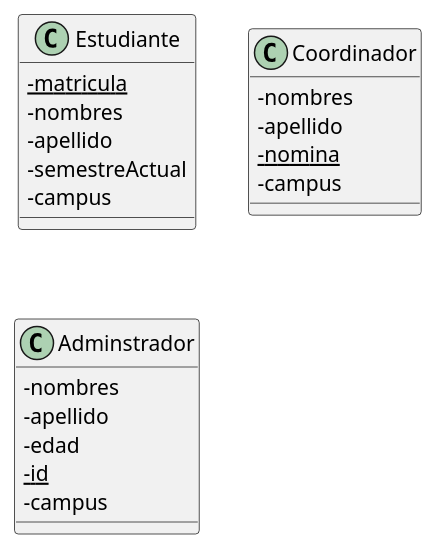
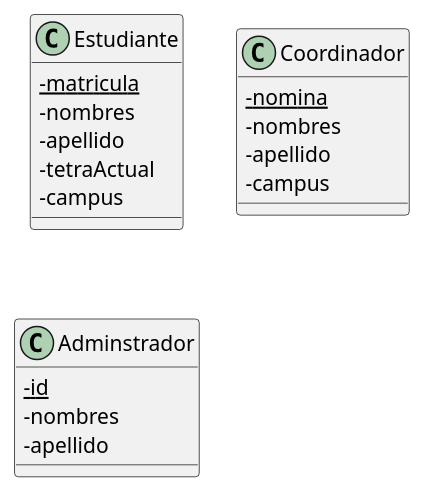
One commit to facund015/codeRelatedObsidianNotes changed the diagram in Reto/Base de datos.md. Above: the diagram before and after it, drawn with PlantUML.

Commit message:
vault backup: 2021-10-12 12:09:02

````diff
--- a/Reto/Base de datos.md
+++ b/Reto/Base de datos.md
@@ -2,28 +2,26 @@
 ```plantuml
 @startuml
 skinparam classAttributeIconSize 0
 class Estudiante {
 	{static} -matricula
 	-nombres
 	-apellido
-	-semestreActual
+	-tetraActual
 	-campus
 }
 
 class Coordinador {
+	{static} -nomina
 	-nombres
 	-apellido
-	{static} -nomina
 	-campus
 }
 
 class Adminstrador {
+	{static} -id
 	-nombres
 	-apellido
-	-edad
-	{static} -id
-	-campus
 }
 
 @enduml
 ```
````
